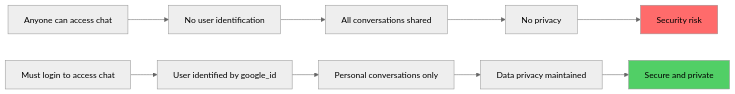
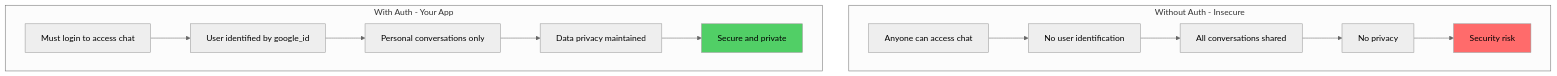
Diagram 11 of 15 in docs/OAUTH_FLOWCHART.md (DANI-cloud-del/Flask), drawn with Mermaid (neutral theme) before and after one commit. The commit also changed other lines of this file, not shown here.

Commit message:
Fix missing line breaks in Mermaid flowcharts causing lexical errors

````diff
--- a/docs/OAUTH_FLOWCHART.md
+++ b/docs/OAUTH_FLOWCHART.md
@@ -346,15 +347,21 @@
 ```mermaid
-flowchart LR
-    N1[Anyone can access chat] --> N2[No user identification]
-    N2 --> N3[All conversations shared]
-    N3 --> N4[No privacy]
-    N4 --> N5[Security risk]
+flowchart TD
+    subgraph Without["Without Auth - Insecure"]
+        N1[Anyone can access chat]
+        N1 --> N2[No user identification]
+        N2 --> N3[All conversations shared]
+        N3 --> N4[No privacy]
+        N4 --> N5[Security risk]
+    end
     
-    Y1[Must login to access chat] --> Y2[User identified by google_id]
-    Y2 --> Y3[Personal conversations only]
-    Y3 --> Y4[Data privacy maintained]
-    Y4 --> Y5[Secure and private]
+    subgraph With["With Auth - Your App"]
+        Y1[Must login to access chat]
+        Y1 --> Y2[User identified by google_id]
+        Y2 --> Y3[Personal conversations only]
+        Y3 --> Y4[Data privacy maintained]
+        Y4 --> Y5[Secure and private]
+    end
     
     style N5 fill:#ff6b6b
     style Y5 fill:#51cf66
 ```
````
